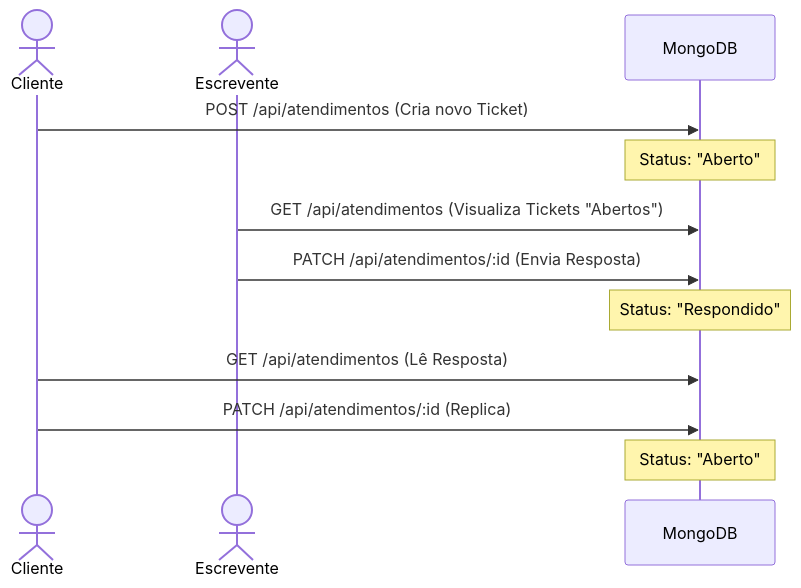
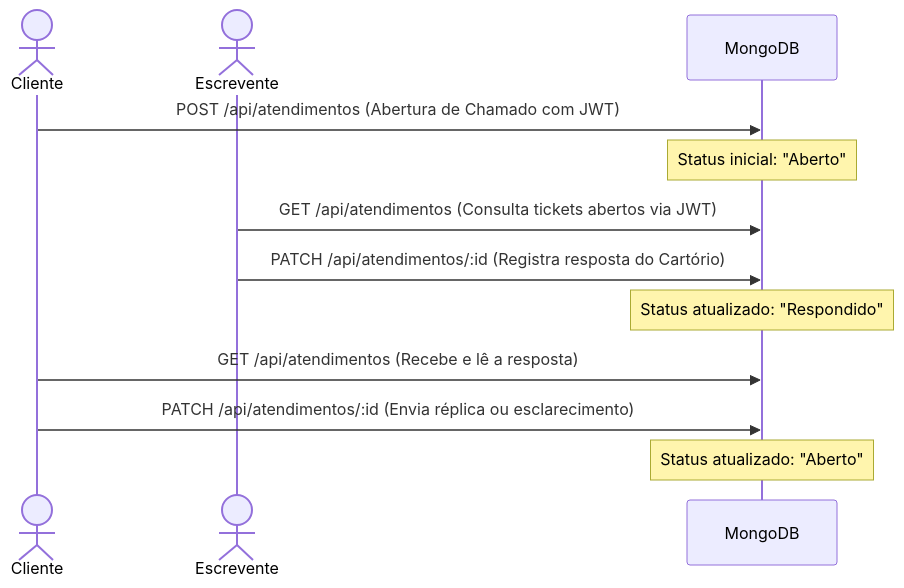
Before and after one commit to Bruno-LimaHG/SIGACRC: the fifth of 5 diagrams in documentacao_tecnica.md, drawn with Mermaid. The commit also changed other lines of this file and 15 other files, not shown here.

````diff
--- a/documentacao_tecnica.md
+++ b/documentacao_tecnica.md
@@ -92,17 +145,17 @@
 ```mermaid
 sequenceDiagram
     actor Cliente
     actor Escrevente
     participant DB as MongoDB
 
-    Cliente->>DB: POST /api/atendimentos (Cria novo Ticket)
-    Note over DB: Status: "Aberto"
+    Cliente->>DB: POST /api/atendimentos (Abertura de Chamado com JWT)
+    Note over DB: Status inicial: "Aberto"
     
-    Escrevente->>DB: GET /api/atendimentos (Visualiza Tickets "Abertos")
-    Escrevente->>DB: PATCH /api/atendimentos/:id (Envia Resposta)
-    Note over DB: Status: "Respondido"
+    Escrevente->>DB: GET /api/atendimentos (Consulta tickets abertos via JWT)
+    Escrevente->>DB: PATCH /api/atendimentos/:id (Registra resposta do Cartório)
+    Note over DB: Status atualizado: "Respondido"
     
-    Cliente->>DB: GET /api/atendimentos (Lê Resposta)
-    Cliente->>DB: PATCH /api/atendimentos/:id (Replica)
-    Note over DB: Status: "Aberto"
+    Cliente->>DB: GET /api/atendimentos (Recebe e lê a resposta)
+    Cliente->>DB: PATCH /api/atendimentos/:id (Envia réplica ou esclarecimento)
+    Note over DB: Status atualizado: "Aberto"
 ```
````
